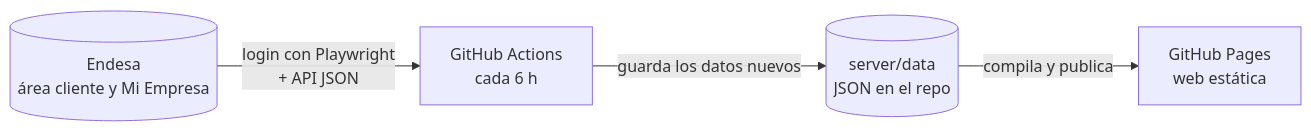
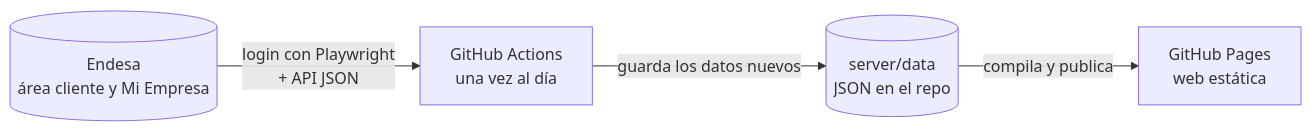
One commit to ivangarmar22/dashboardComunidad changed the diagram in README.md. Above: the diagram before and after it, drawn with Mermaid. The commit also changed other lines of this file and 2 other files, not shown here.

Commit message:
Detectar el captcha dentro de su iframe y sincronizar una vez al día

````diff
--- a/README.md
+++ b/README.md
@@ -38,11 +38,11 @@
 ```mermaid
 flowchart LR
   E[(Endesa<br/>área cliente y Mi Empresa)]
-  S[GitHub Actions<br/>cada 6 h]
+  S[GitHub Actions<br/>una vez al día]
   D[(server/data<br/>JSON en el repo)]
   P[GitHub Pages<br/>web estática]
 
   E -- login con Playwright<br/>+ API JSON --> S
   S -- guarda los datos nuevos --> D
   D -- compila y publica --> P
 ```
````
